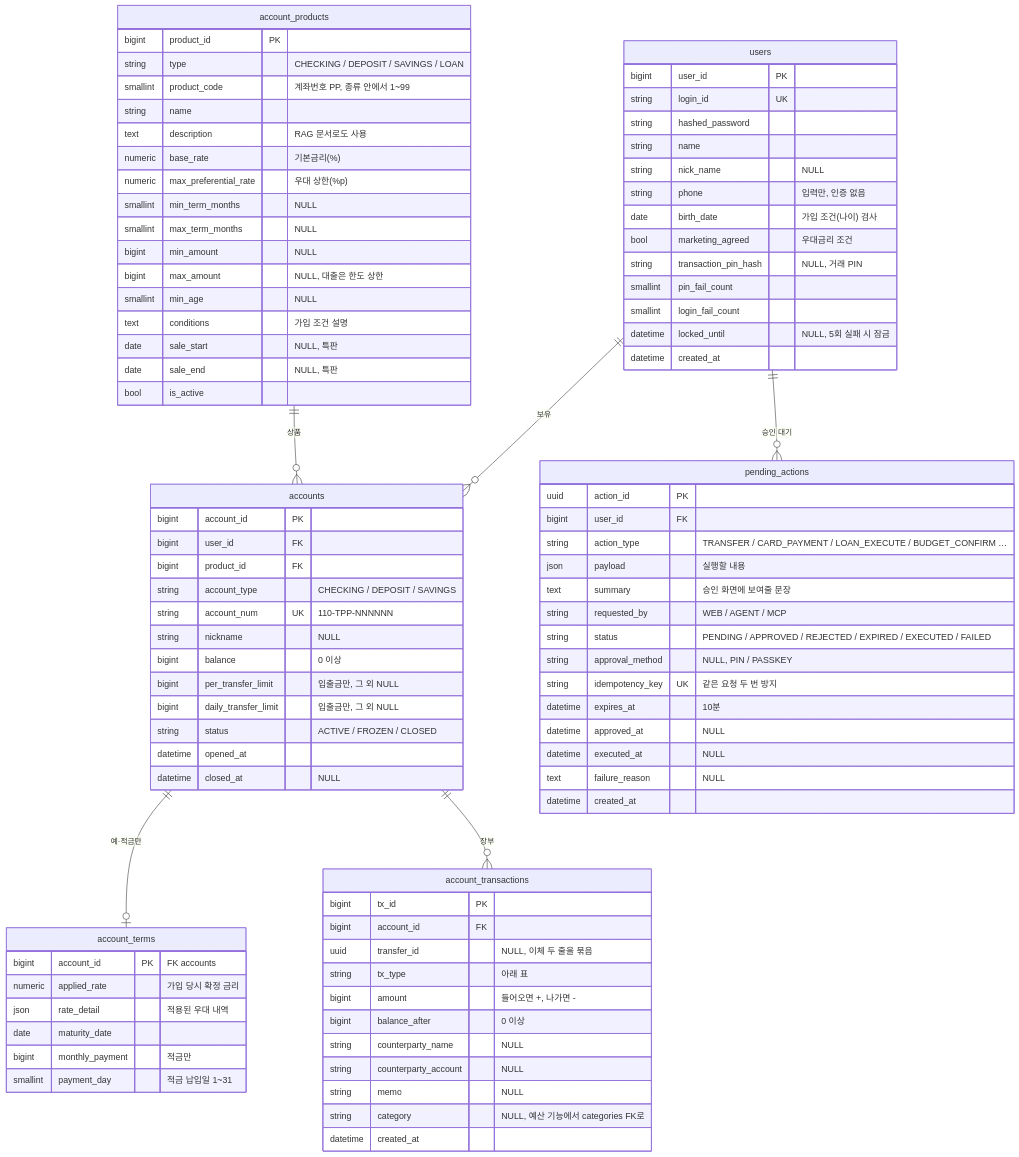
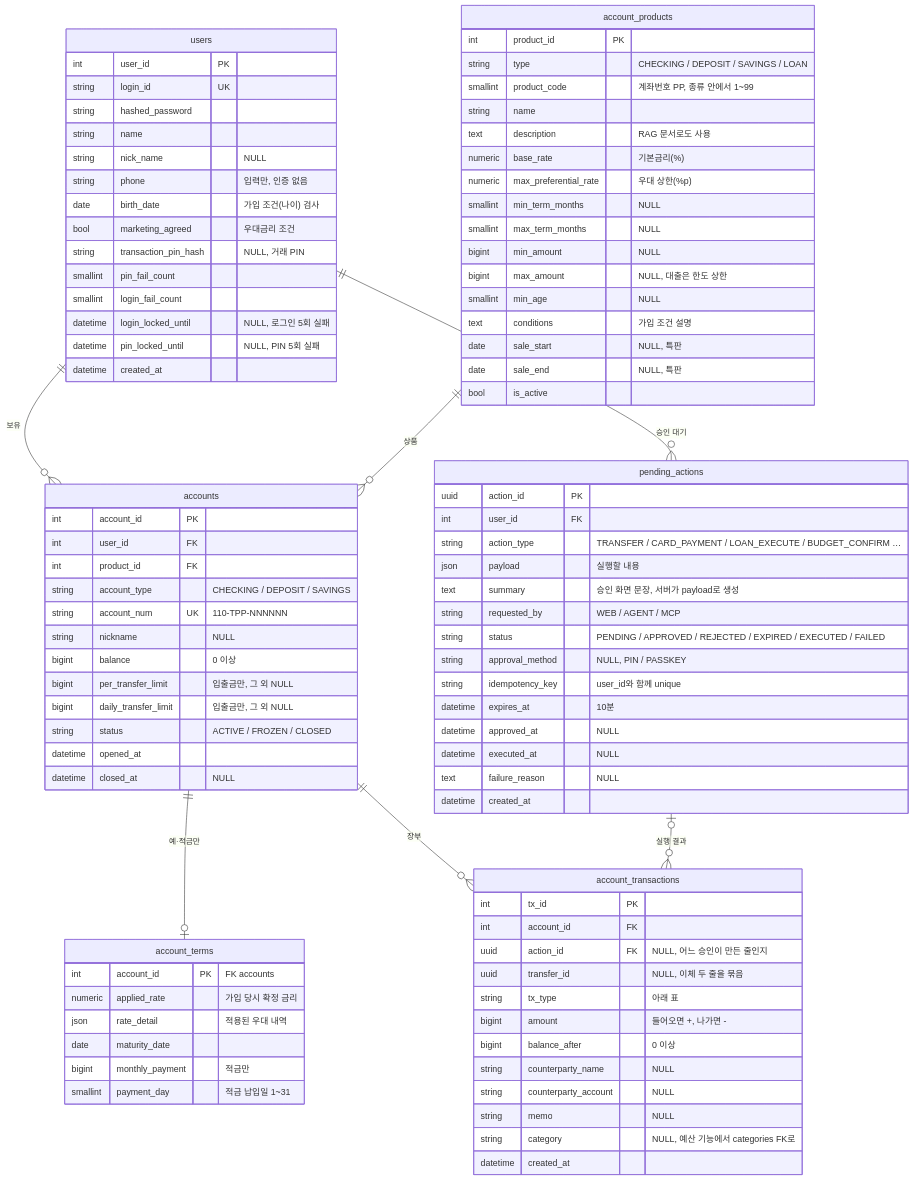
Before and after one commit to noviz-domino/avengers-bank-noviz: the diagram in docs/ERD.md, drawn with Mermaid. The commit also changed other lines of this file and 6 other files, not shown here.

```diff
--- a/docs/ERD.md
+++ b/docs/ERD.md
@@ -17,8 +17,9 @@
     accounts ||--o| account_terms : "예·적금만"
     accounts ||--o{ account_transactions : "장부"
     users ||--o{ pending_actions : "승인 대기"
+    pending_actions |o--o{ account_transactions : "실행 결과"
     users {
-        bigint user_id PK
+        int user_id PK
         string login_id UK
         string hashed_password
         string name
@@ -29,11 +30,12 @@
         string transaction_pin_hash "NULL, 거래 PIN"
         smallint pin_fail_count
         smallint login_fail_count
-        datetime locked_until "NULL, 5회 실패 시 잠금"
+        datetime login_locked_until "NULL, 로그인 5회 실패"
+        datetime pin_locked_until "NULL, PIN 5회 실패"
         datetime created_at
     }
     account_products {
-        bigint product_id PK
+        int product_id PK
         string type "CHECKING / DEPOSIT / SAVINGS / LOAN"
         smallint product_code "계좌번호 PP, 종류 안에서 1~99"
         string name
@@ -51,9 +53,9 @@
         bool is_active
     }
     accounts {
-        bigint account_id PK
-        bigint user_id FK
-        bigint product_id FK
+        int account_id PK
+        int user_id FK
+        int product_id FK
         string account_type "CHECKING / DEPOSIT / SAVINGS"
         string account_num UK "110-TPP-NNNNNN"
         string nickname "NULL"
@@ -65,7 +67,7 @@
         datetime closed_at "NULL"
     }
     account_terms {
-        bigint account_id PK "FK accounts"
+        int account_id PK "FK accounts"
         numeric applied_rate "가입 당시 확정 금리"
         json rate_detail "적용된 우대 내역"
         date maturity_date
@@ -73,8 +75,9 @@
         smallint payment_day "적금 납입일 1~31"
     }
     account_transactions {
-        bigint tx_id PK
-        bigint account_id FK
+        int tx_id PK
+        int account_id FK
+        uuid action_id FK "NULL, 어느 승인이 만든 줄인지"
         uuid transfer_id "NULL, 이체 두 줄을 묶음"
         string tx_type "아래 표"
         bigint amount "들어오면 +, 나가면 -"
@@ -87,14 +90,14 @@
     }
     pending_actions {
         uuid action_id PK
-        bigint user_id FK
+        int user_id FK
         string action_type "TRANSFER / CARD_PAYMENT / LOAN_EXECUTE / BUDGET_CONFIRM …"
         json payload "실행할 내용"
-        text summary "승인 화면에 보여줄 문장"
+        text summary "승인 화면 문장, 서버가 payload로 생성"
         string requested_by "WEB / AGENT / MCP"
         string status "PENDING / APPROVED / REJECTED / EXPIRED / EXECUTED / FAILED"
         string approval_method "NULL, PIN / PASSKEY"
-        string idempotency_key UK "같은 요청 두 번 방지"
+        string idempotency_key "user_id와 함께 unique"
         datetime expires_at "10분"
         datetime approved_at "NULL"
         datetime executed_at "NULL"
```
